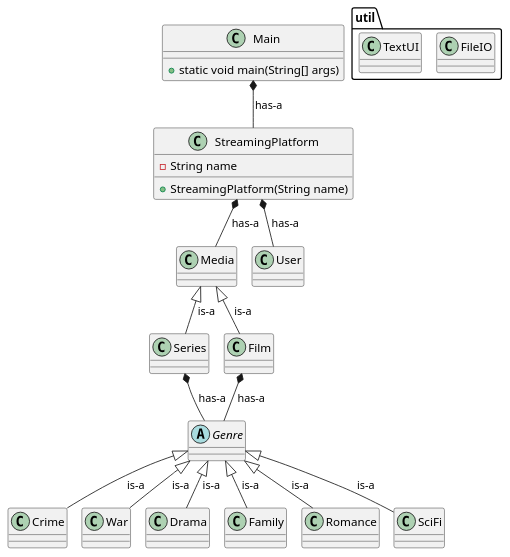
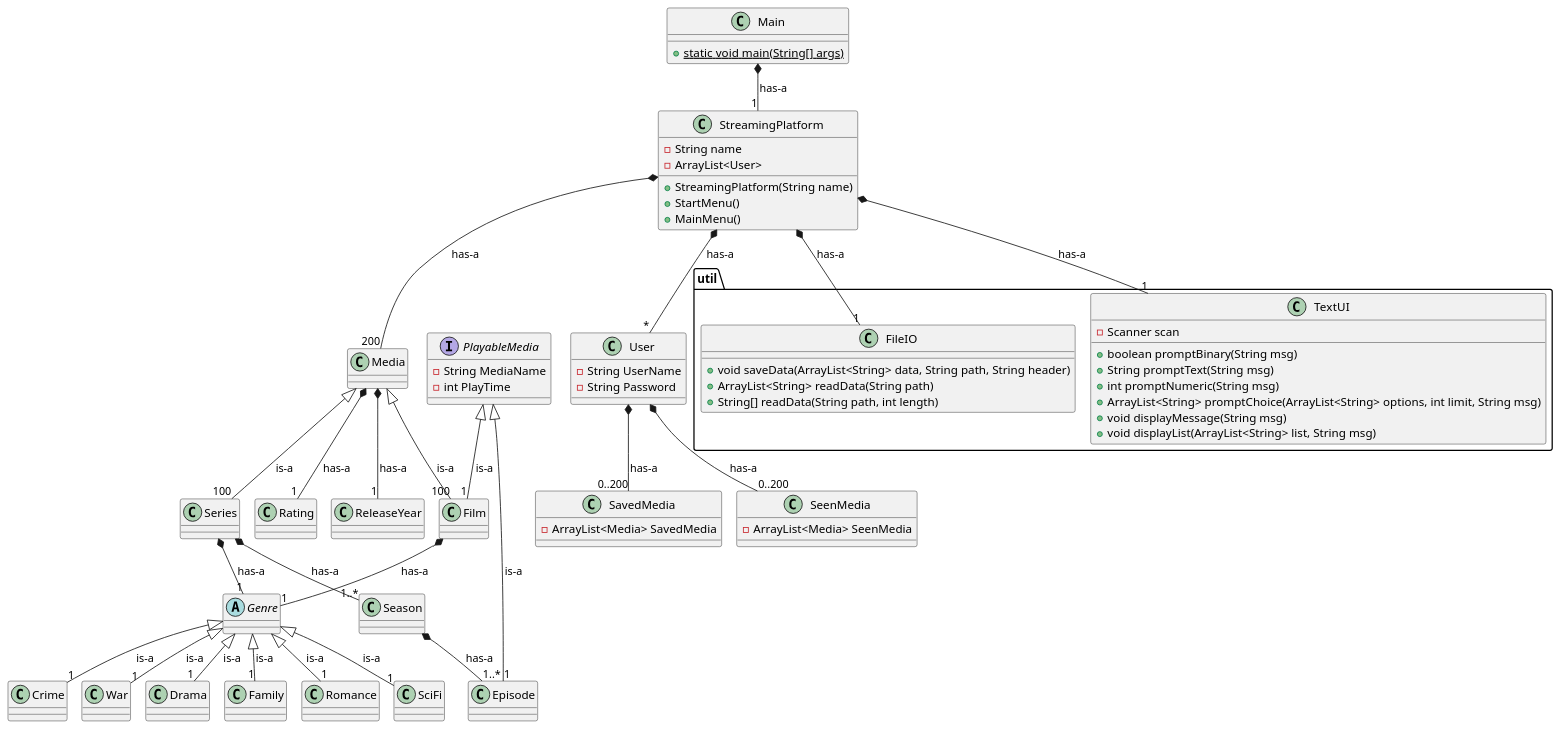
The diagram in doc/static/ClassDiagramV1.puml (JonasChristoffersen/SP3), drawn with PlantUML before and after one commit. The commit also changed 3 other files, not shown here.

Commit message:
Updated Multiple diagrams

```diff
--- a/doc/static/ClassDiagramV1.puml
+++ b/doc/static/ClassDiagramV1.puml
@@ -1,77 +1,132 @@
 @startuml
 
 !pragma layout smetana
 
 class Main {
-    + static void main(String[] args)
+    + {static} static void main(String[] args)
 }
 
 class StreamingPlatform {
     - String name
+    - ArrayList<User>
 
     + StreamingPlatform(String name)
+    + StartMenu()
+    + MainMenu()
 }
 
 class Media {
 }
 
 class Series {
 }
 
+class Season {
+}
+
+class Episode {
+}
+
 class Film {
+}
+
+interface PlayableMedia {
+    - String MediaName
+    - int PlayTime
+}
+
+class Rating {
+}
+
+class ReleaseYear {
 }
 
 abstract class Genre {
 }
 
 class Crime {
 }
 
 class War {
 }
 
 class Drama {
 }
 
 class Family {
 }
 
 class Romance {
 }
 
 class SciFi {
 }
 
 class User {
+    - String UserName
+    - String Password
+}
+
+class SavedMedia {
+    - ArrayList<Media> SavedMedia
+}
+
+class SeenMedia {
+    - ArrayList<Media> SeenMedia
 }
 
 
+
 package util {
-class FileIO {
-}
-class TextUI {
-}
+    class FileIO {
+        + void saveData(ArrayList<String> data, String path, String header)
+        + ArrayList<String> readData(String path)
+        + String[] readData(String path, int length)
+    }
+    class TextUI {
+        - Scanner scan
+        + boolean promptBinary(String msg)
+        + String promptText(String msg)
+        + int promptNumeric(String msg)
+        + ArrayList<String> promptChoice(ArrayList<String> options, int limit, String msg)
+        + void displayMessage(String msg)
+        + void displayList(ArrayList<String> list, String msg)
+    }
+
 }
 
-Main *-- StreamingPlatform : has-a
+Main *-- "1" StreamingPlatform : has-a
 
-StreamingPlatform *-- Media : has-a
-StreamingPlatform *-- User : has-a
+StreamingPlatform *-- "200" Media : has-a
+StreamingPlatform *-- "*" User : has-a
+StreamingPlatform *-- "1" TextUI : has-a
+StreamingPlatform *-- "1" FileIO : has-a
 
-Media <|-- Film : is-a
-Media <|-- Series : is-a
+User *-- "0..200" SavedMedia : has-a
+User *-- "0..200" SeenMedia : has-a
 
-Series *-- Genre : has-a
-Film *-- Genre : has-a
+Media <|-- "100" Film : is-a
+Media <|-- "100" Series : is-a
+Media *-- "1" Rating : has-a
+Media *-- "1" ReleaseYear : has-a
 
-Genre <|-- Crime : is-a
-Genre <|-- War : is-a
-Genre <|-- Drama : is-a
-Genre <|-- Family : is-a
-Genre <|-- SciFi : is-a
-Genre <|-- Romance : is-a
+PlayableMedia <|-- "1" Film : is-a
+PlayableMedia <|-- "1" Episode : is-a
+
+Series *-- "1" Genre : has-a
+Film *-- "1" Genre : has-a
+
+Series *-- "1..*" Season : has-a
+Season *-- "1..*" Episode : has-a
+
+Genre <|-- "1" Crime : is-a
+Genre <|-- "1" War : is-a
+Genre <|-- "1" Drama : is-a
+Genre <|-- "1" Family : is-a
+Genre <|-- "1" SciFi : is-a
+Genre <|-- "1" Romance : is-a
 
 
 
 
 @enduml
```
